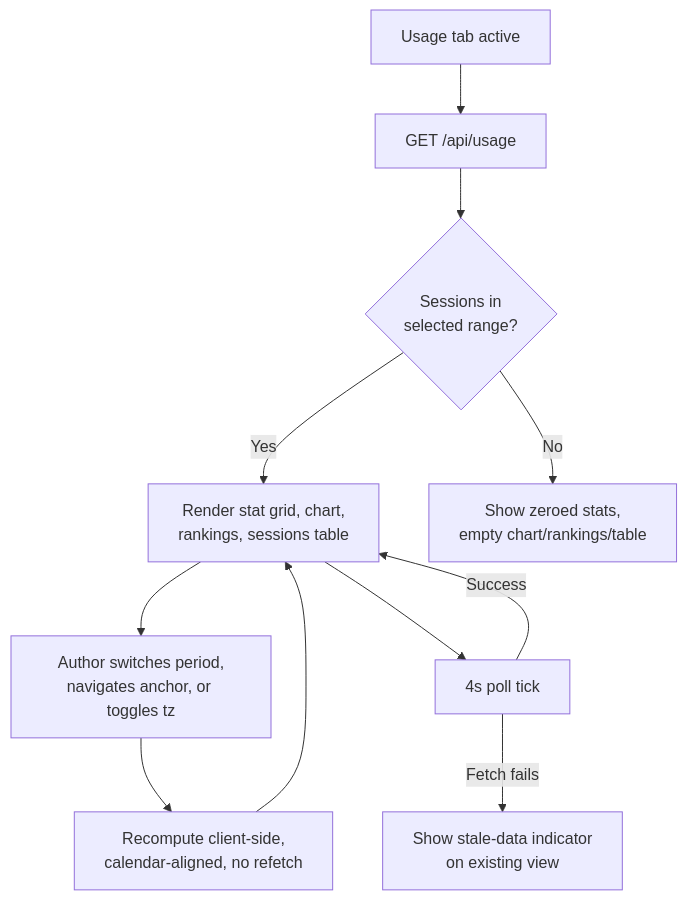
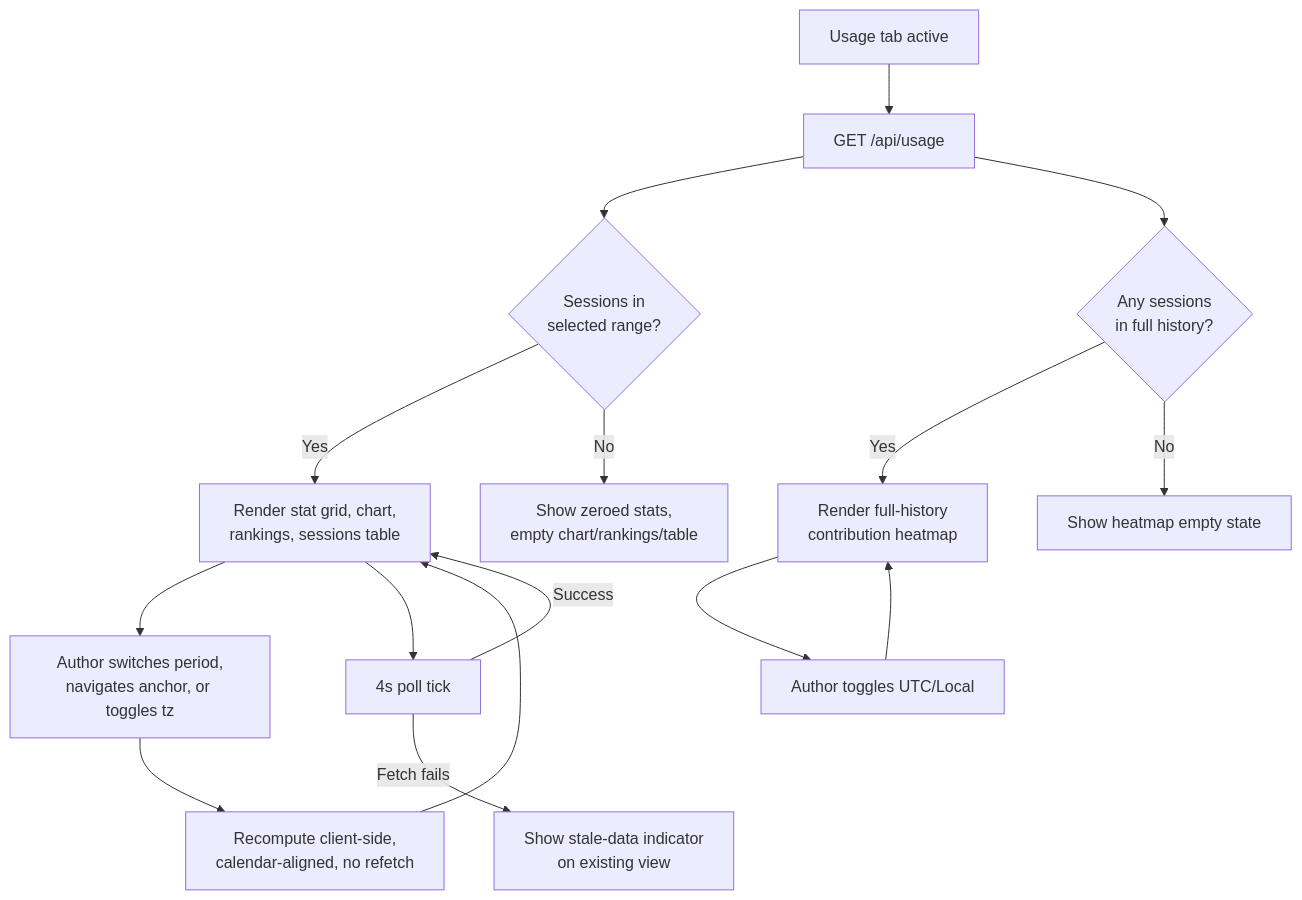
The second of 3 diagrams in docs/design/ux-spec.md (jisundr/cairn-dashboard), drawn with Mermaid before and after one commit. The commit also changed other lines of this file and 4 other files, not shown here.

````diff
--- a/docs/design/ux-spec.md
+++ b/docs/design/ux-spec.md
@@ -46,13 +46,18 @@
 ```mermaid
 flowchart TD
     UsageLoad["Usage tab active"] --> Fetch["GET /api/usage"]
     Fetch --> HasSessions{"Sessions in\nselected range?"}
     HasSessions -->|Yes| Render["Render stat grid, chart,\nrankings, sessions table"]
     HasSessions -->|No| EmptyRange["Show zeroed stats,\nempty chart/rankings/table"]
     Render --> RangeSwitch["Author switches period,\nnavigates anchor, or toggles tz"]
     RangeSwitch --> Recompute["Recompute client-side,\ncalendar-aligned, no refetch"]
     Recompute --> Render
+    Fetch --> HasHistory{"Any sessions\nin full history?"}
+    HasHistory -->|Yes| Heatmap["Render full-history\ncontribution heatmap"]
+    HasHistory -->|No| EmptyHeatmap["Show heatmap empty state"]
+    Heatmap --> TzToggle["Author toggles UTC/Local"]
+    TzToggle --> Heatmap
     Render --> Poll4s["4s poll tick"]
     Poll4s -->|Success| Render
     Poll4s -->|Fetch fails| Stale["Show stale-data indicator\non existing view"]
 ```
````
